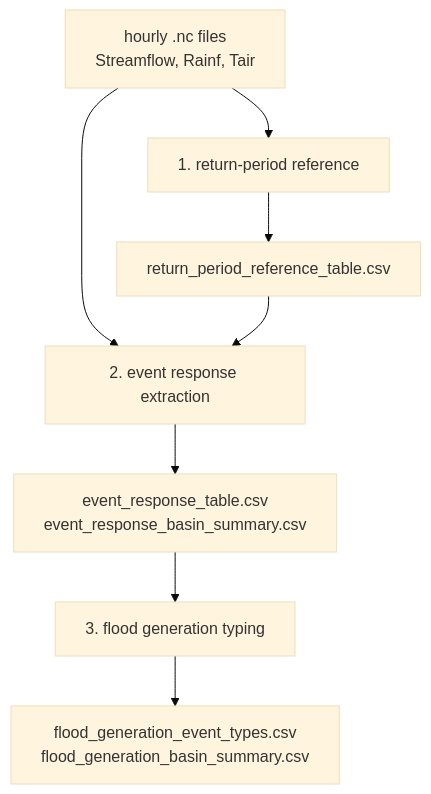
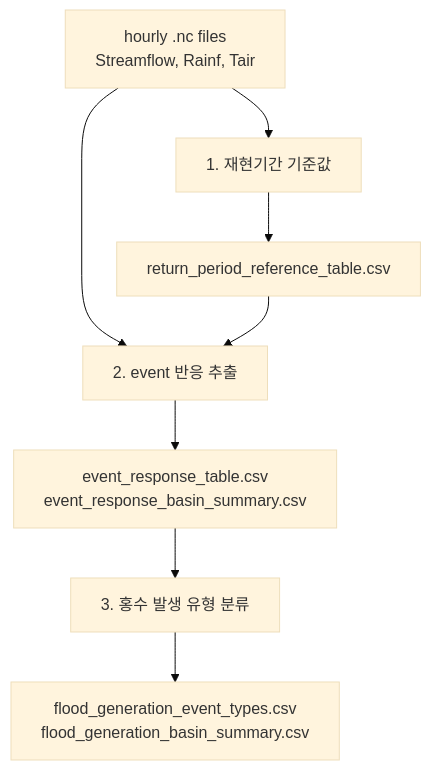
Before and after one commit to mossyantler/flood-underestimation-lstm: the second of 2 diagrams in docs/explain/05_basin_analysis_method.md, drawn with Mermaid (base theme). The commit also changed other lines of this file and 13 other files, not shown here.

````diff
--- a/docs/explain/05_basin_analysis_method.md
+++ b/docs/explain/05_basin_analysis_method.md
@@ -125,10 +182,10 @@
 ```mermaid
 flowchart TD
-    A["hourly .nc files<br/>Streamflow, Rainf, Tair"] --> B["1. return-period reference"]
+    A["hourly .nc files<br/>Streamflow, Rainf, Tair"] --> B["1. 재현기간 기준값"]
     B --> C["return_period_reference_table.csv"]
-    A --> D["2. event response extraction"]
+    A --> D["2. event 반응 추출"]
     C --> D
     D --> E["event_response_table.csv<br/>event_response_basin_summary.csv"]
-    E --> F["3. flood generation typing"]
+    E --> F["3. 홍수 발생 유형 분류"]
     F --> G["flood_generation_event_types.csv<br/>flood_generation_basin_summary.csv"]
 ```
````
